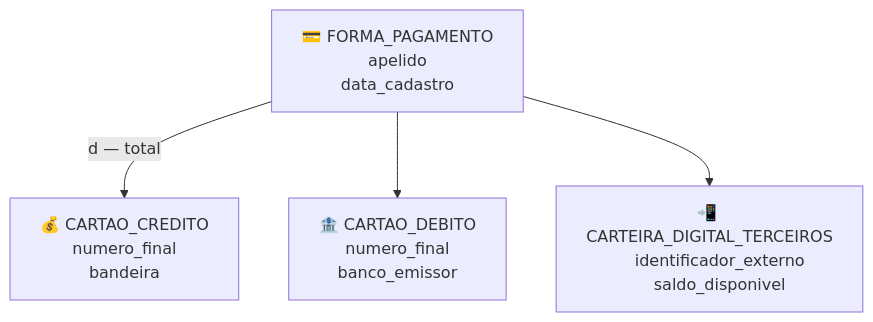
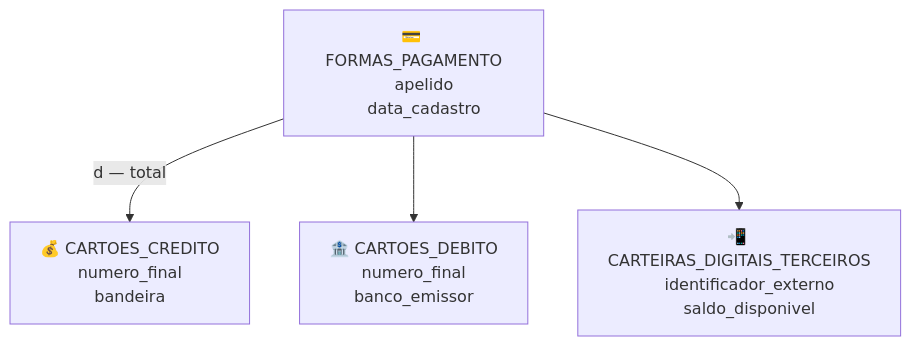
Before and after one commit to GTI-Fatec-Jahu/BDA-GTI-2026-2: the first of 7 diagrams in docs/aulas/Aula_02_Gabarito.md, drawn with Mermaid. The commit also changed other lines of this file and 5 other files, not shown here.

````diff
--- a/docs/aulas/Aula_02_Gabarito.md
+++ b/docs/aulas/Aula_02_Gabarito.md
@@ -52,22 +52,22 @@
 ```mermaid
 flowchart TB
-    FORMA["💳 FORMA_PAGAMENTO
+    FORMA["💳 FORMAS_PAGAMENTO
     apelido
     data_cadastro"]
 
-    CREDITO["💰 CARTAO_CREDITO
+    CREDITO["💰 CARTOES_CREDITO
     numero_final
     bandeira"]
 
-    DEBITO["🏦 CARTAO_DEBITO
+    DEBITO["🏦 CARTOES_DEBITO
     numero_final
     banco_emissor"]
 
-    TERCEIROS["📲 CARTEIRA_DIGITAL_TERCEIROS
+    TERCEIROS["📲 CARTEIRAS_DIGITAIS_TERCEIROS
     identificador_externo
     saldo_disponivel"]
 
     FORMA -->|"d — total"| CREDITO
     FORMA --> DEBITO
     FORMA --> TERCEIROS
 ```
````
